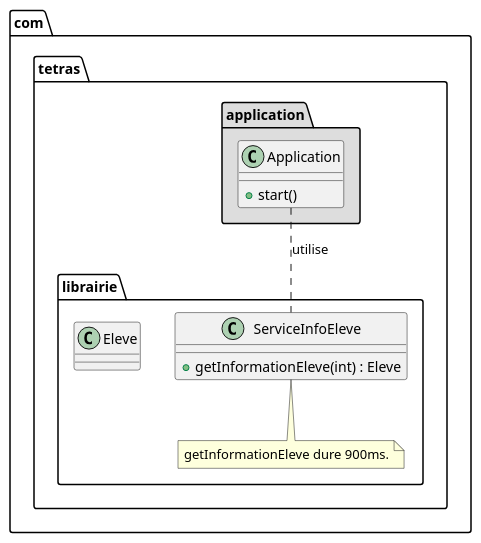
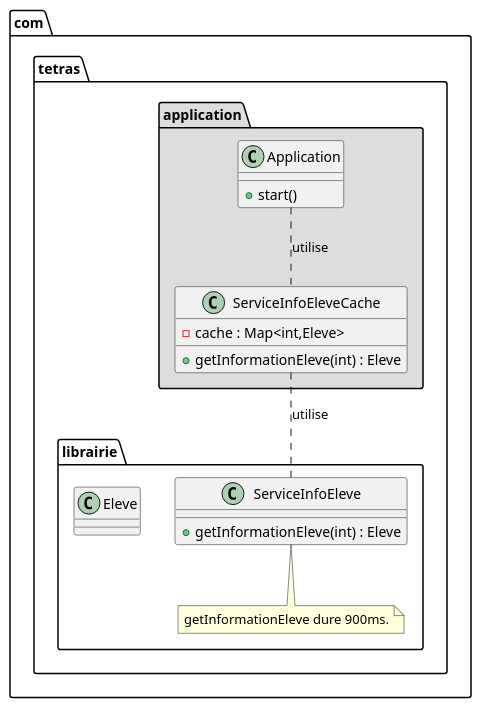
One commit to jandry/design-pattern changed the diagram in src/uml/lazyinitializationClass.puml. Above: the diagram before and after it, drawn with PlantUML. The commit also changed 3 other files, not shown here.

```diff
--- a/src/uml/lazyinitializationClass.puml
+++ b/src/uml/lazyinitializationClass.puml
@@ -1,20 +1,25 @@
 @startuml LazyInitialization
 
 package com.tetras.librairie {
   class ServiceInfoEleve { 
       + getInformationEleve(int) : Eleve
   }
   note bottom of ServiceInfoEleve : getInformationEleve dure 900ms.
   class Eleve
 }
 
 package com.tetras.application #DDDDDD {
   class Application { 
       + start()
   }
-  Application .. ServiceInfoEleve : utilise
+  class ServiceInfoEleveCache { 
+    - cache : Map<int,Eleve>  
+    + getInformationEleve(int) : Eleve
+  }
 }
 
+Application .. ServiceInfoEleveCache : utilise
+ServiceInfoEleveCache .. ServiceInfoEleve : utilise
 
 
 @enduml
```
